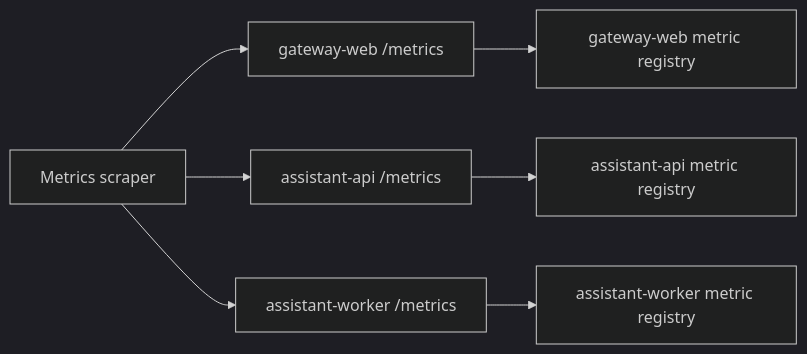
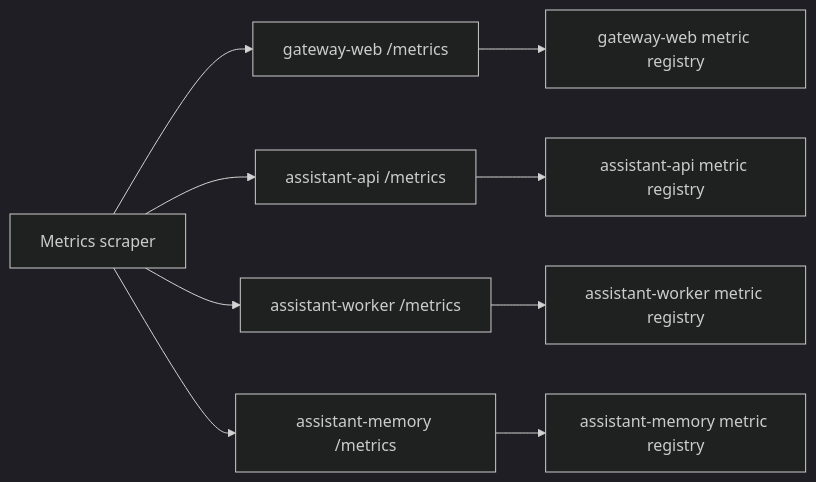
The diagram in docs/operations/metrics.md (vinitu/my-concierge), drawn with Mermaid (dark theme) before and after one commit. The commit also changed other lines of this file and 174 other files, not shown here.

````diff
--- a/docs/operations/metrics.md
+++ b/docs/operations/metrics.md
@@ -12,10 +12,12 @@
 ```mermaid
 flowchart LR
     Prom["Metrics scraper"] --> GW["gateway-web /metrics"]
     Prom --> API["assistant-api /metrics"]
     Prom --> Worker["assistant-worker /metrics"]
+    Prom --> Memory["assistant-memory /metrics"]
 
     GW --> GWReg["gateway-web metric registry"]
     API --> APIReg["assistant-api metric registry"]
     Worker --> WorkerReg["assistant-worker metric registry"]
+    Memory --> MemoryReg["assistant-memory metric registry"]
 ```
````
